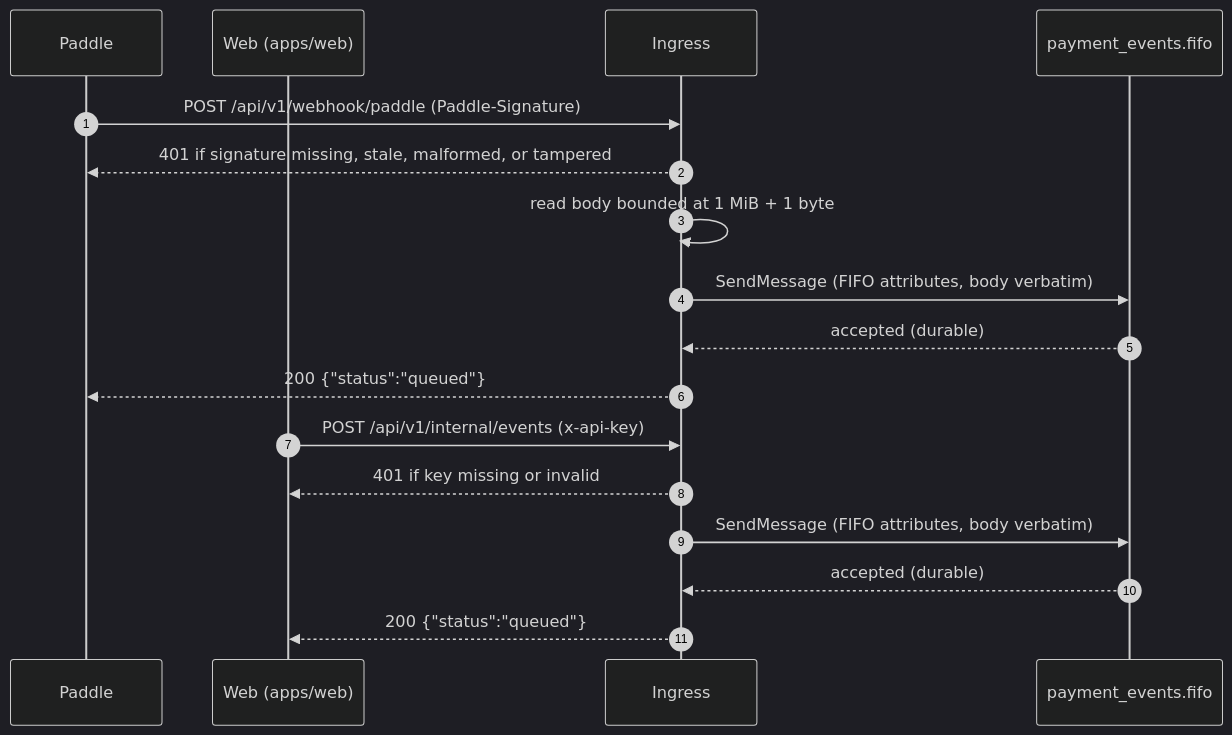
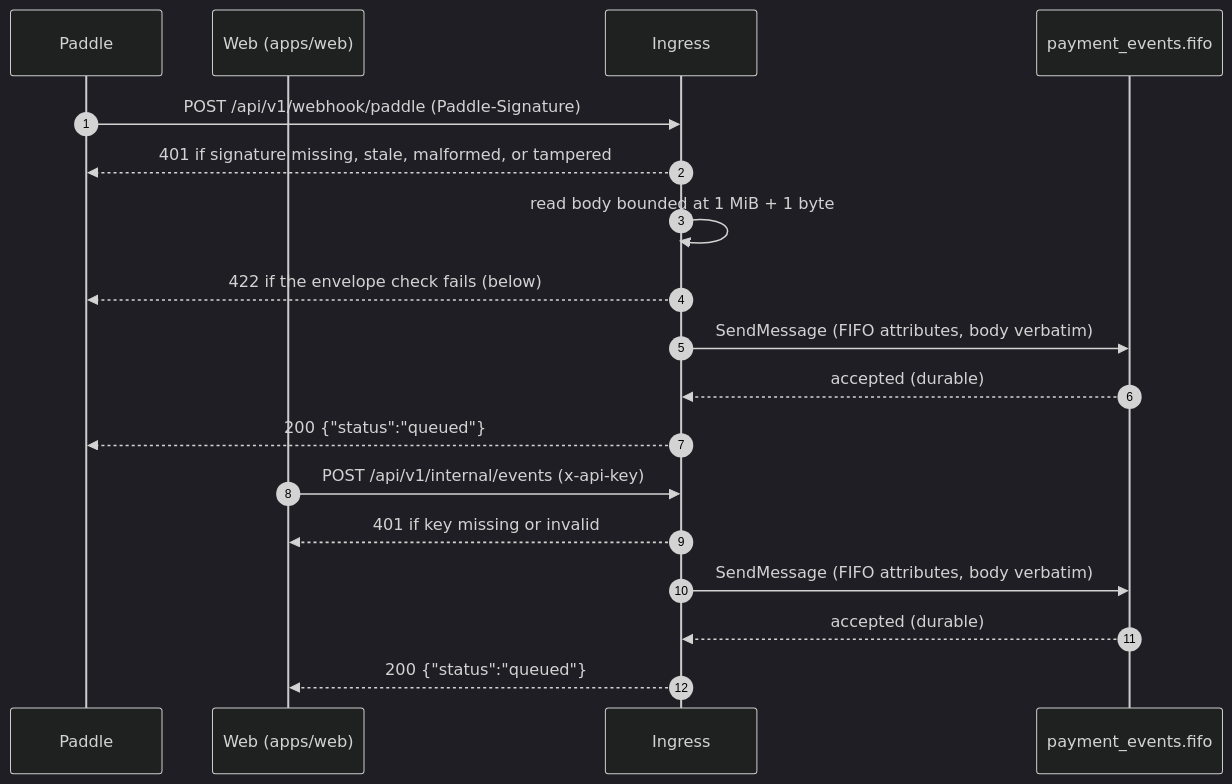
One commit to kunalPisolkar24/detectAI changed the diagram in services/payment-webhook/specification/http.md. Above: the diagram before and after it, drawn with Mermaid (dark theme). The commit also changed other lines of this file and 7 other files, not shown here.

````diff
--- a/services/payment-webhook/specification/http.md
+++ b/services/payment-webhook/specification/http.md
@@ -29,20 +29,21 @@
 ```mermaid
 sequenceDiagram
     autonumber
     participant P as Paddle
     participant W as Web (apps/web)
     participant E as Ingress
     participant Q as payment_events.fifo
 
     P->>E: POST /api/v1/webhook/paddle (Paddle-Signature)
     E-->>P: 401 if signature missing, stale, malformed, or tampered
     E->>E: read body bounded at 1 MiB + 1 byte
+    E-->>P: 422 if the envelope check fails (below)
     E->>Q: SendMessage (FIFO attributes, body verbatim)
     Q-->>E: accepted (durable)
     E-->>P: 200 {"status":"queued"}
     W->>E: POST /api/v1/internal/events (x-api-key)
     E-->>W: 401 if key missing or invalid
     E->>Q: SendMessage (FIFO attributes, body verbatim)
     Q-->>E: accepted (durable)
     E-->>W: 200 {"status":"queued"}
 ```
````
